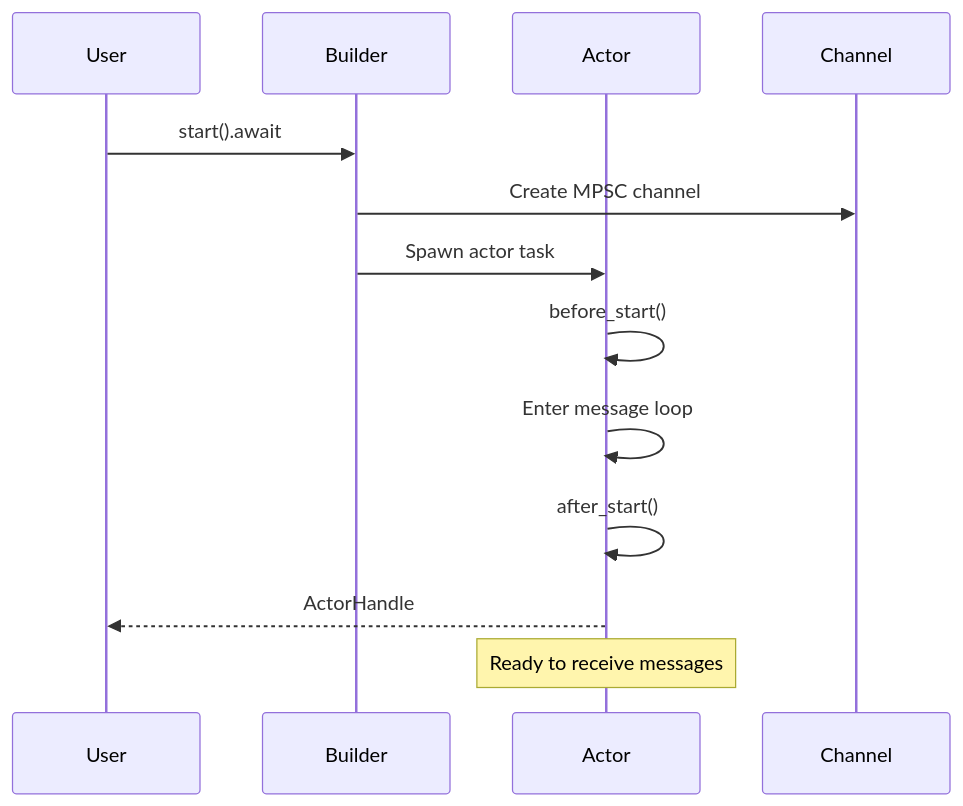
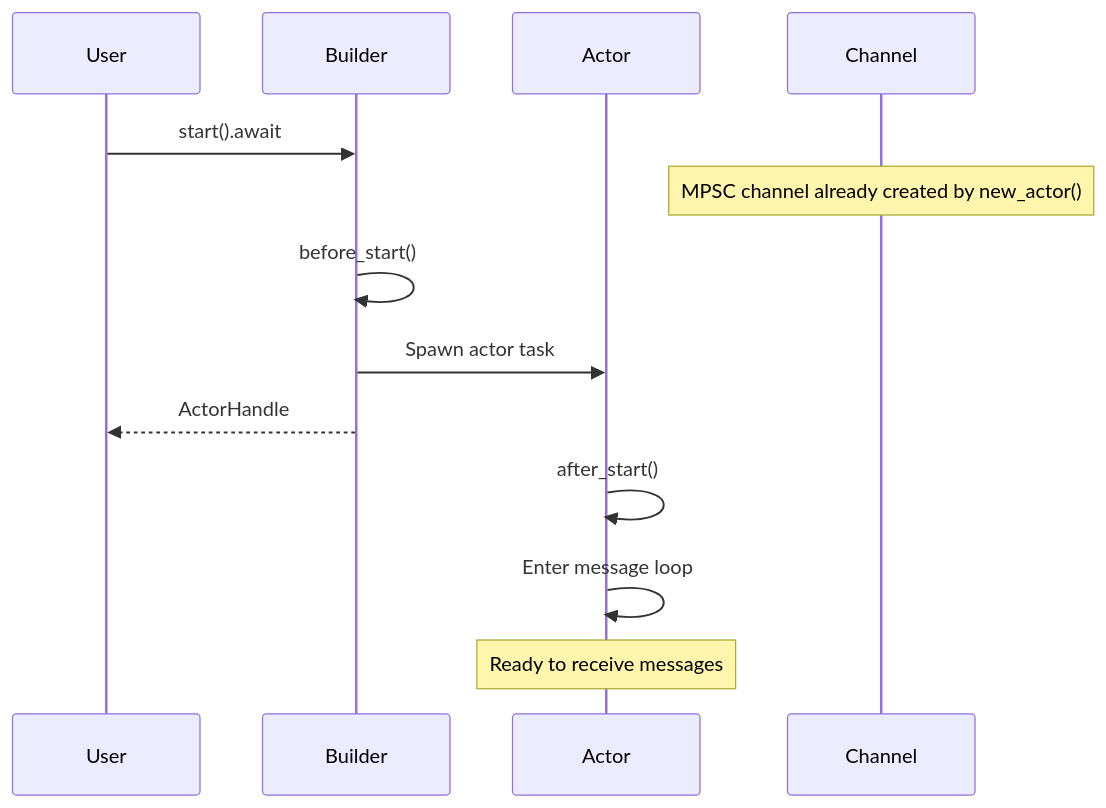
One commit to Govcraft/acton-reactive changed the third of 4 diagrams in acton-docs-site/src/app/docs/actor-lifecycle/page.md. Above: the diagram before and after it, drawn with Mermaid. The commit also changed other lines of this file and 28 other files, not shown here.

````diff
--- a/acton-docs-site/src/app/docs/actor-lifecycle/page.md
+++ b/acton-docs-site/src/app/docs/actor-lifecycle/page.md
@@ -246,15 +248,15 @@
 ```mermaid
 sequenceDiagram
     participant ST_U as User
     participant ST_B as Builder
     participant ST_A as Actor
     participant ST_C as Channel
     ST_U->>ST_B: start().await
-    ST_B->>ST_C: Create MPSC channel
+    Note over ST_C: MPSC channel already created by new_actor()
+    ST_B->>ST_B: before_start()
     ST_B->>ST_A: Spawn actor task
-    ST_A->>ST_A: before_start()
+    ST_B-->>ST_U: ActorHandle
+    ST_A->>ST_A: after_start()
     ST_A->>ST_A: Enter message loop
-    ST_A->>ST_A: after_start()
-    ST_A-->>ST_U: ActorHandle
     Note over ST_A: Ready to receive messages
 ```
````
